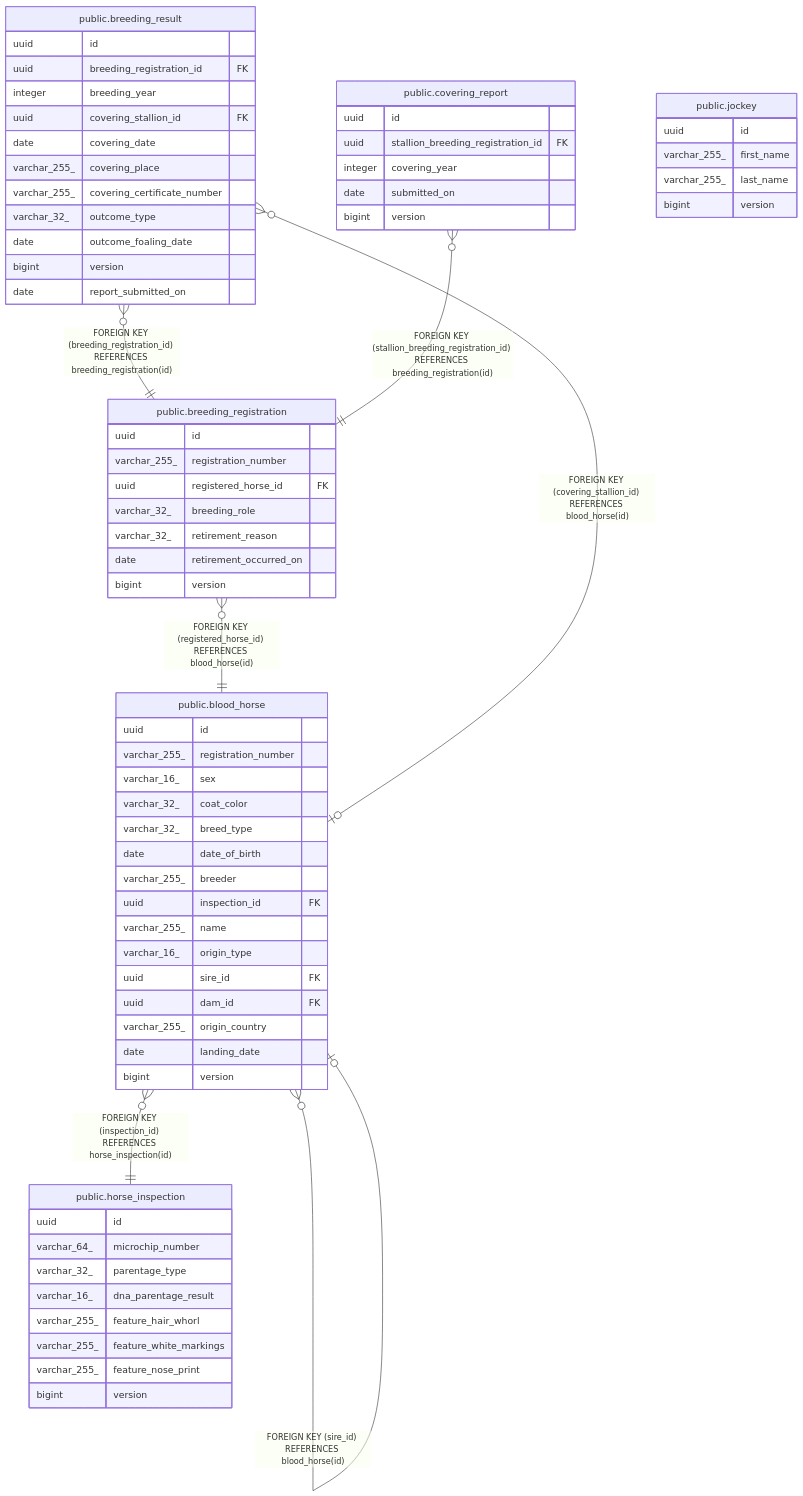
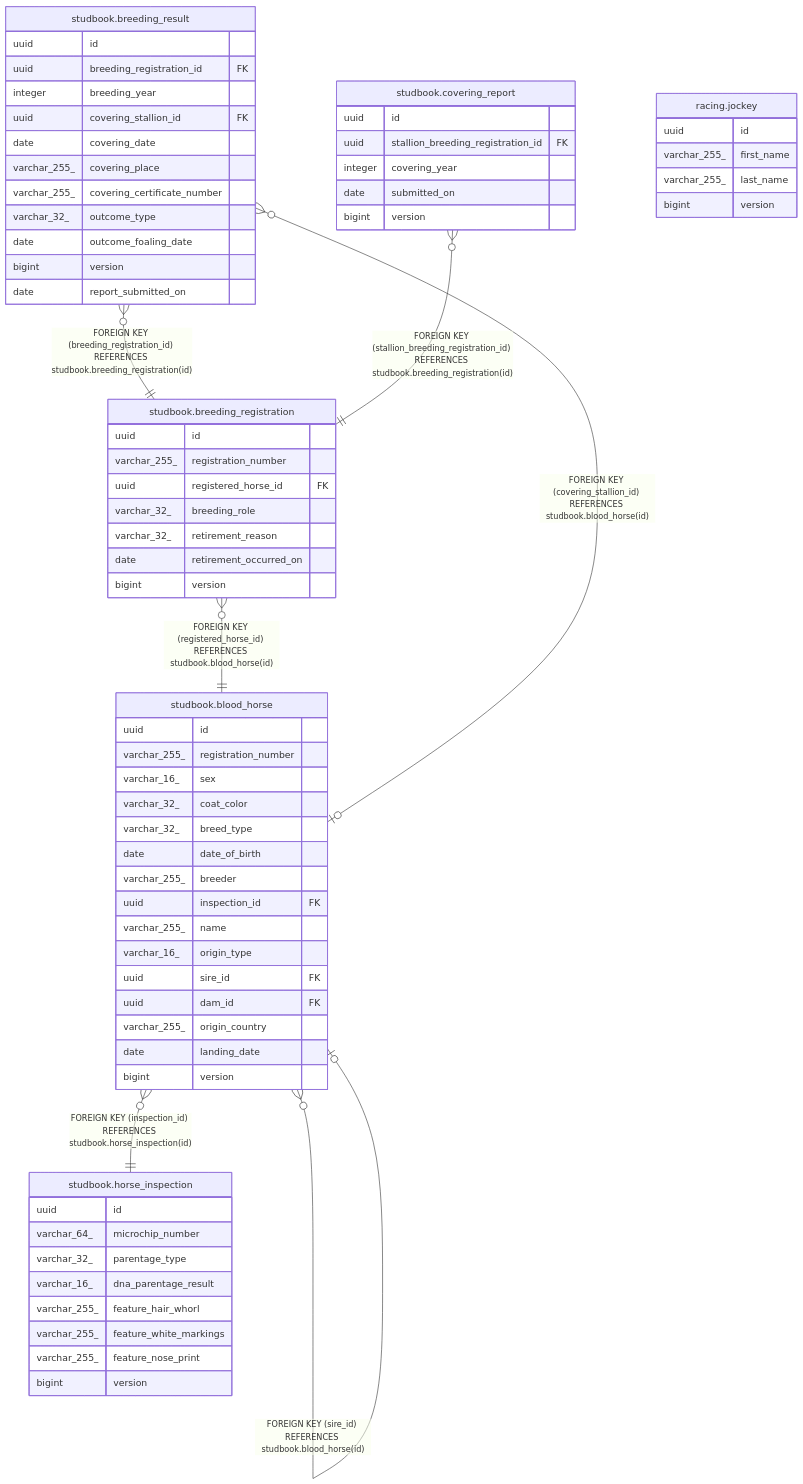
Before and after one commit to ptiringo/toy-box: the diagram in dbdoc/README.md, drawn with Mermaid. The commit also changed other lines of this file and 18 other files, not shown here.

````diff
--- a/dbdoc/README.md
+++ b/dbdoc/README.md
@@ -16,74 +16,74 @@
 ```mermaid
 erDiagram
 
-"public.breeding_registration" }o--|| "public.blood_horse" : "FOREIGN KEY (registered_horse_id) REFERENCES blood_horse(id)"
-"public.blood_horse" }o--o| "public.blood_horse" : "FOREIGN KEY (dam_id) REFERENCES blood_horse(id)"
-"public.blood_horse" }o--o| "public.blood_horse" : "FOREIGN KEY (sire_id) REFERENCES blood_horse(id)"
-"public.blood_horse" }o--|| "public.horse_inspection" : "FOREIGN KEY (inspection_id) REFERENCES horse_inspection(id)"
-"public.breeding_result" }o--|| "public.breeding_registration" : "FOREIGN KEY (breeding_registration_id) REFERENCES breeding_registration(id)"
-"public.breeding_result" }o--o| "public.blood_horse" : "FOREIGN KEY (covering_stallion_id) REFERENCES blood_horse(id)"
-"public.covering_report" }o--|| "public.breeding_registration" : "FOREIGN KEY (stallion_breeding_registration_id) REFERENCES breeding_registration(id)"
+"studbook.breeding_registration" }o--|| "studbook.blood_horse" : "FOREIGN KEY (registered_horse_id) REFERENCES studbook.blood_horse(id)"
+"studbook.blood_horse" }o--o| "studbook.blood_horse" : "FOREIGN KEY (dam_id) REFERENCES studbook.blood_horse(id)"
+"studbook.blood_horse" }o--o| "studbook.blood_horse" : "FOREIGN KEY (sire_id) REFERENCES studbook.blood_horse(id)"
+"studbook.blood_horse" }o--|| "studbook.horse_inspection" : "FOREIGN KEY (inspection_id) REFERENCES studbook.horse_inspection(id)"
+"studbook.breeding_result" }o--|| "studbook.breeding_registration" : "FOREIGN KEY (breeding_registration_id) REFERENCES studbook.breeding_registration(id)"
+"studbook.breeding_result" }o--o| "studbook.blood_horse" : "FOREIGN KEY (covering_stallion_id) REFERENCES studbook.blood_horse(id)"
+"studbook.covering_report" }o--|| "studbook.breeding_registration" : "FOREIGN KEY (stallion_breeding_registration_id) REFERENCES studbook.breeding_registration(id)"
 
-"public.jockey" {
+"racing.jockey" {
   uuid id
   varchar_255_ first_name
   varchar_255_ last_name
   bigint version
 }
-"public.breeding_registration" {
+"studbook.breeding_registration" {
   uuid id
   varchar_255_ registration_number
   uuid registered_horse_id FK
   varchar_32_ breeding_role
   varchar_32_ retirement_reason
   date retirement_occurred_on
   bigint version
 }
-"public.blood_horse" {
+"studbook.blood_horse" {
   uuid id
   varchar_255_ registration_number
   varchar_16_ sex
   varchar_32_ coat_color
   varchar_32_ breed_type
   date date_of_birth
   varchar_255_ breeder
   uuid inspection_id FK
   varchar_255_ name
   varchar_16_ origin_type
   uuid sire_id FK
   uuid dam_id FK
   varchar_255_ origin_country
   date landing_date
   bigint version
 }
-"public.breeding_result" {
+"studbook.breeding_result" {
   uuid id
   uuid breeding_registration_id FK
   integer breeding_year
   uuid covering_stallion_id FK
   date covering_date
   varchar_255_ covering_place
   varchar_255_ covering_certificate_number
   varchar_32_ outcome_type
   date outcome_foaling_date
   bigint version
   date report_submitted_on
 }
-"public.horse_inspection" {
+"studbook.horse_inspection" {
   uuid id
   varchar_64_ microchip_number
   varchar_32_ parentage_type
   varchar_16_ dna_parentage_result
   varchar_255_ feature_hair_whorl
   varchar_255_ feature_white_markings
   varchar_255_ feature_nose_print
   bigint version
 }
-"public.covering_report" {
+"studbook.covering_report" {
   uuid id
   uuid stallion_breeding_registration_id FK
   integer covering_year
   date submitted_on
   bigint version
 }
 ```
````
